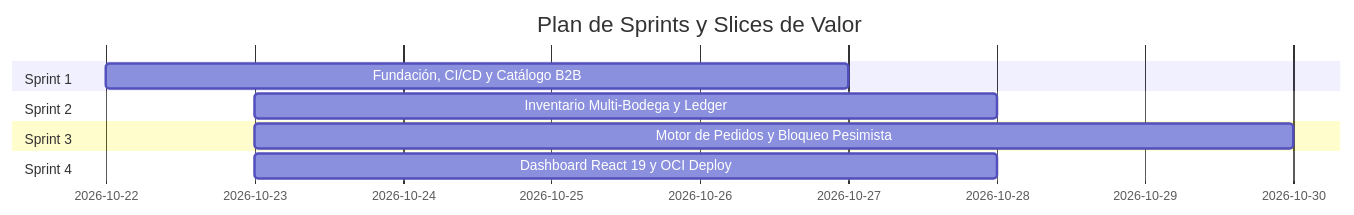
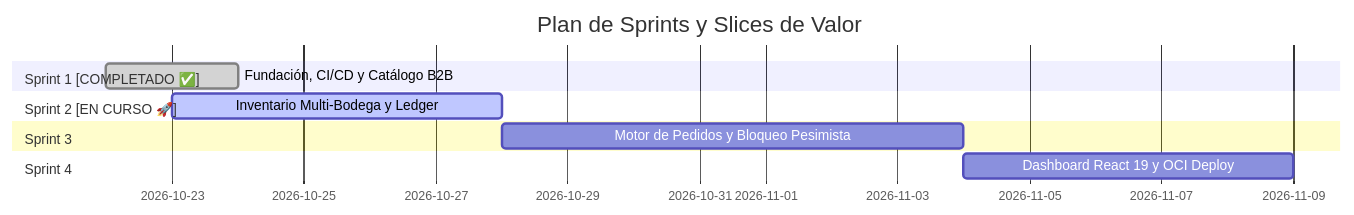
Before and after one commit to vivenegasl/stockpilot-b2b: the diagram in docs/scrum/product_backlog.md, drawn with Mermaid. The commit also changed other lines of this file and 29 other files, not shown here.

Commit message:
feat(inventory): implement multi-warehouse stock management and immutable ledger (US-003, US-004, US-005)

````diff
--- a/docs/scrum/product_backlog.md
+++ b/docs/scrum/product_backlog.md
@@ -11,13 +11,13 @@
 ```mermaid
 gantt
     title Plan de Sprints y Slices de Valor
     dateFormat  YYYY-MM-DD
-    section Sprint 1
-    Fundación, CI/CD y Catálogo B2B :2026-10-22, 5d
-    section Sprint 2
-    Inventario Multi-Bodega y Ledger :after a1, 5d
+    section Sprint 1 [COMPLETADO ✅]
+    Fundación, CI/CD y Catálogo B2B :done, 2026-10-22, 2d
+    section Sprint 2 [EN CURSO 🚀]
+    Inventario Multi-Bodega y Ledger :active, 2026-10-23, 5d
     section Sprint 3
-    Motor de Pedidos y Bloqueo Pesimista :after a2, 7d
+    Motor de Pedidos y Bloqueo Pesimista :2026-10-28, 7d
     section Sprint 4
-    Dashboard React 19 y OCI Deploy :after a3, 5d
+    Dashboard React 19 y OCI Deploy :2026-11-04, 5d
 ```
````
